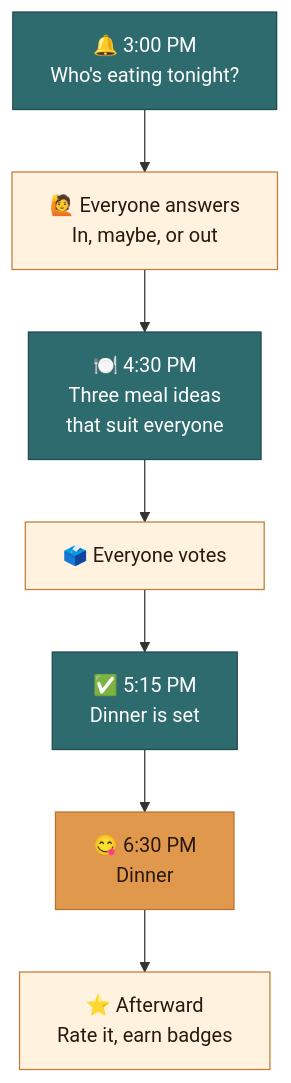
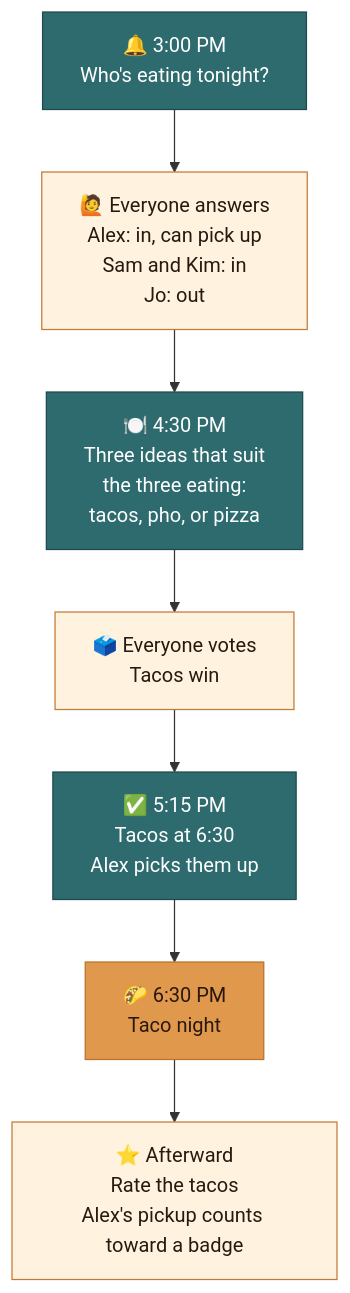
The first of 2 diagrams in README.md (dsmorgan/dinnerbell), drawn with Mermaid before and after one commit. The commit also changed other lines of this file and 1 other file, not shown here.

Commit message:
README: follow a takeout night through the flow diagram

````diff
--- a/README.md
+++ b/README.md
@@ -13,19 +13,19 @@
 ```mermaid
 flowchart TD
     ask["🔔 3:00 PM<br/>Who's eating tonight?"]
-    answer["🙋 Everyone answers<br/>In, maybe, or out"]
-    suggest["🍽️ 4:30 PM<br/>Three meal ideas<br/>that suit everyone"]
-    vote["🗳️ Everyone votes"]
-    decide["✅ 5:15 PM<br/>Dinner is set"]
-    eat["😋 6:30 PM<br/>Dinner"]
-    after["⭐ Afterward<br/>Rate it, earn badges"]
+    answer["🙋 Everyone answers<br/>Alex: in, can pick up<br/>Sam and Kim: in<br/>Jo: out"]
+    suggest["🍽️ 4:30 PM<br/>Three ideas that suit<br/>the three eating:<br/>tacos, pho, or pizza"]
+    vote["🗳️ Everyone votes<br/>Tacos win"]
+    decide["✅ 5:15 PM<br/>Tacos at 6:30<br/>Alex picks them up"]
+    eat["🌮 6:30 PM<br/>Taco night"]
+    after["⭐ Afterward<br/>Rate the tacos<br/>Alex's pickup counts toward a badge"]
 
     ask --> answer --> suggest --> vote --> decide --> eat --> after
 
     classDef bell fill:#2E6B6F,stroke:#1F4A4D,color:#FFFFFF
     classDef family fill:#FFF3E0,stroke:#C27A34,color:#2A1810
     classDef meal fill:#E0994C,stroke:#B9712F,color:#2A1810
     class ask,suggest,decide bell
     class answer,vote,after family
     class eat meal
 ```
````
